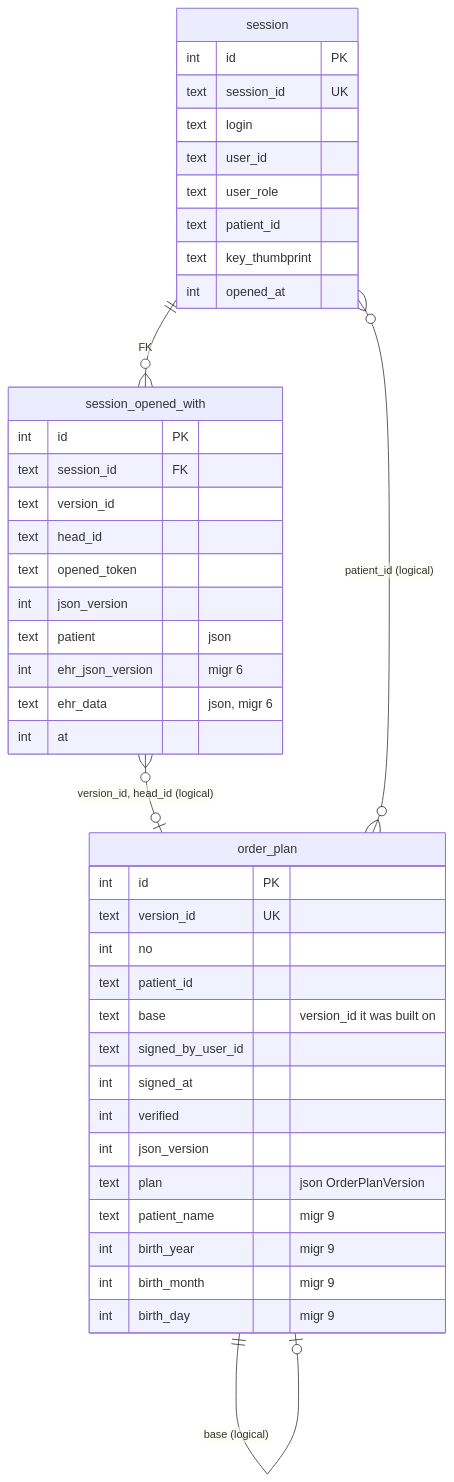
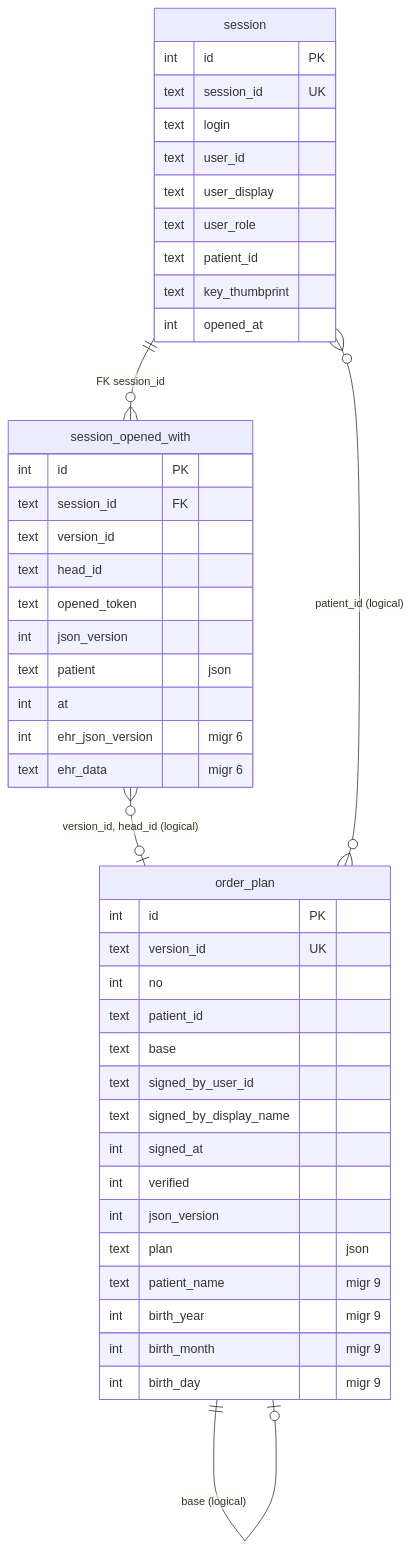
The second of 5 diagrams in ARCHITECTURE.md (halcwb/GenPRES), drawn with Mermaid before and after one commit. The commit also changed other lines of this file and 2 other files, not shown here.

First line of the commit message:
docs: generate the schema diagrams from migrations

````diff
--- a/ARCHITECTURE.md
+++ b/ARCHITECTURE.md
@@ -114,45 +120,47 @@
 ```mermaid
 erDiagram
     order_plan {
         int id PK
         text version_id UK
         int no
         text patient_id
-        text base "version_id it was built on"
+        text base
         text signed_by_user_id
+        text signed_by_display_name
         int signed_at
         int verified
         int json_version
-        text plan "json OrderPlanVersion"
+        text plan "json"
         text patient_name "migr 9"
         int birth_year "migr 9"
         int birth_month "migr 9"
         int birth_day "migr 9"
     }
     session {
         int id PK
         text session_id UK
         text login
         text user_id
+        text user_display
         text user_role
         text patient_id
         text key_thumbprint
         int opened_at
     }
     session_opened_with {
         int id PK
         text session_id FK
         text version_id
         text head_id
         text opened_token
         int json_version
         text patient "json"
+        int at
         int ehr_json_version "migr 6"
-        text ehr_data "json, migr 6"
-        int at
+        text ehr_data "migr 6"
     }
+    session ||--o{ session_opened_with : "FK session_id"
     order_plan ||--o| order_plan : "base (logical)"
-    session ||--o{ session_opened_with : "FK"
     session_opened_with }o--o| order_plan : "version_id, head_id (logical)"
     session }o--o{ order_plan : "patient_id (logical)"
 ```
````
